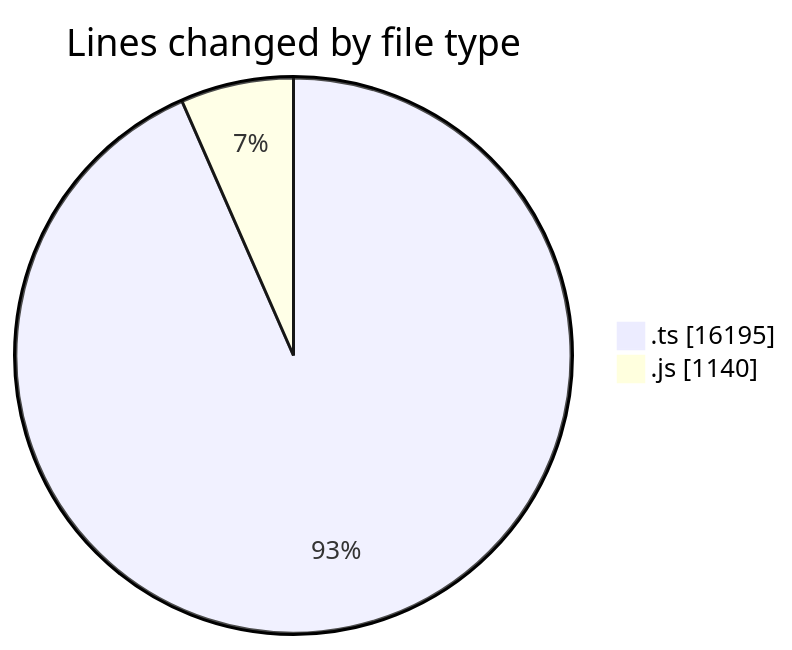
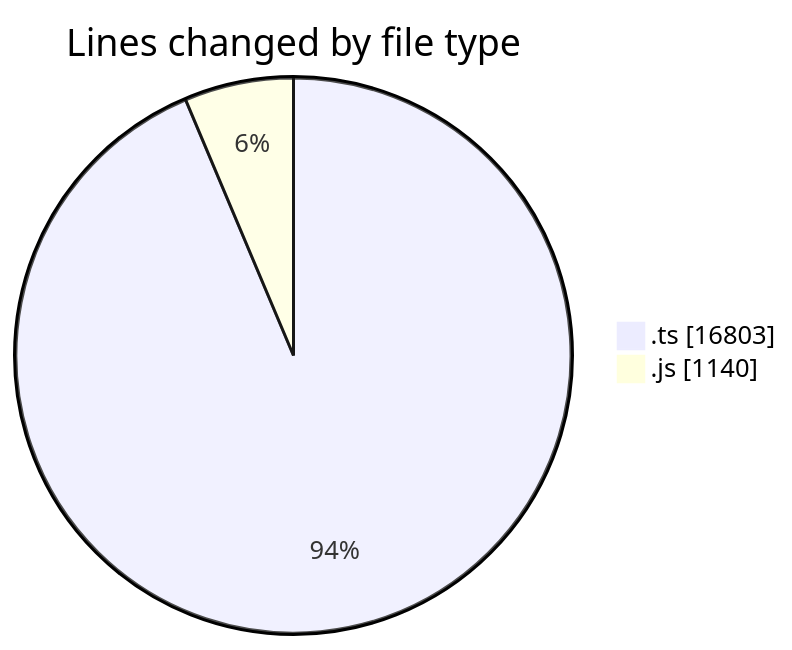
The first of 2 diagrams in 2025-06-27/cda/README.md (momahboobian/code-tracking), drawn with Mermaid before and after one commit. The commit also changed other lines of this file and 1 other file, not shown here.

````diff
--- a/2025-06-27/cda/README.md
+++ b/2025-06-27/cda/README.md
@@ -29,6 +30,6 @@
 ```mermaid
 pie showData
 title Lines changed by file type
-".ts" : 16195
+".ts" : 16803
 ".js" : 1140
 ```
````
